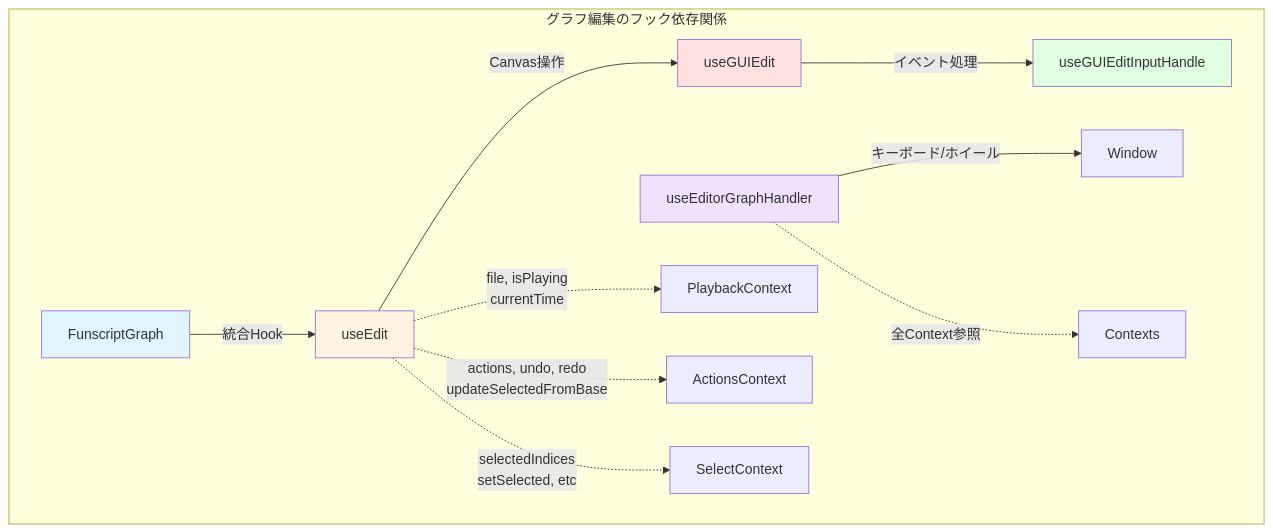
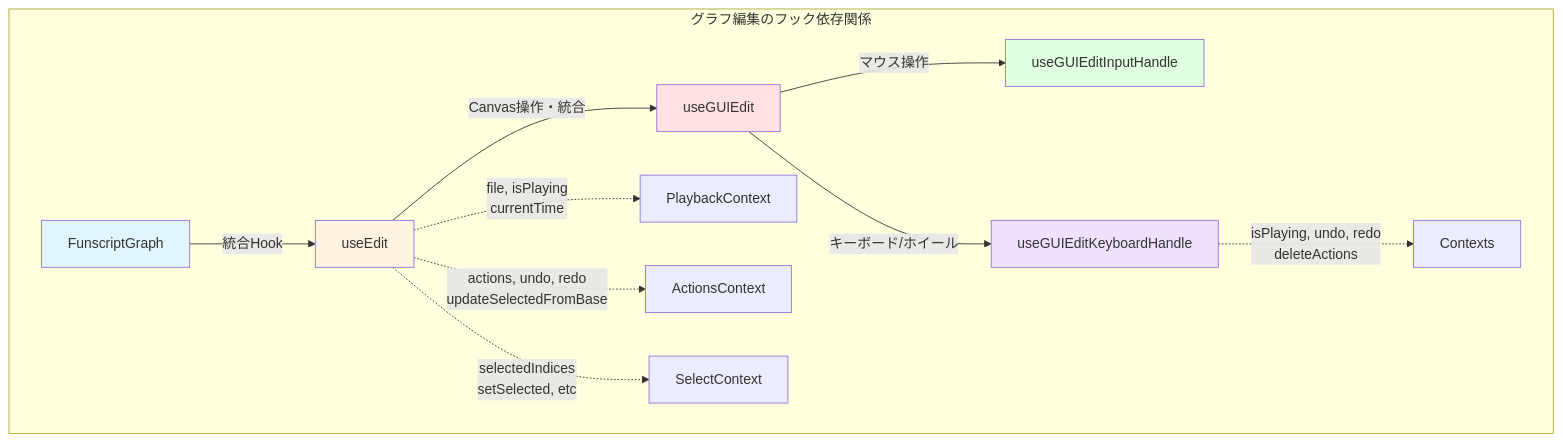
The second of 7 diagrams in src/app/edit/DesignDoc.md (tin9tt/funscript-workspace), drawn with Mermaid before and after one commit. The commit also changed other lines of this file, not shown here.

Commit message:
docs(editor): follow implementation

````diff
--- a/src/app/edit/DesignDoc.md
+++ b/src/app/edit/DesignDoc.md
@@ -169,26 +169,26 @@
 ```mermaid
 graph TB
     subgraph "グラフ編集のフック依存関係"
         A[FunscriptGraph]
         B[useEdit]
         C[useGUIEdit]
         D[useGUIEditInputHandle]
-        E[useEditorGraphHandler]
+        E[useGUIEditKeyboardHandle]
 
         A -->|統合Hook| B
-        B -->|Canvas操作| C
-        C -->|イベント処理| D
-        E -->|キーボード/ホイール| Window
+        B -->|Canvas操作・統合| C
+        C -->|マウス操作| D
+        C -->|キーボード/ホイール| E
 
         B -.->|file, isPlaying<br/>currentTime| PlaybackContext
         B -.->|actions, undo, redo<br/>updateSelectedFromBase| ActionsContext
         B -.->|selectedIndices<br/>setSelected, etc| SelectContext
-        E -.->|全Context参照| Contexts
+        E -.->|isPlaying, undo, redo<br/>deleteActions| Contexts
     end
 
     style A fill:#e1f5ff
     style B fill:#fff4e1
     style C fill:#ffe1e1
     style D fill:#e1ffe1
     style E fill:#f0e1ff
 ```
````
